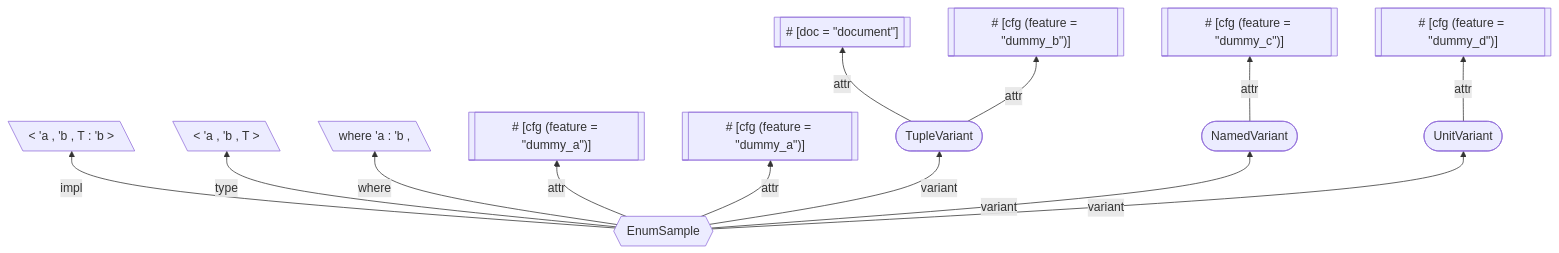
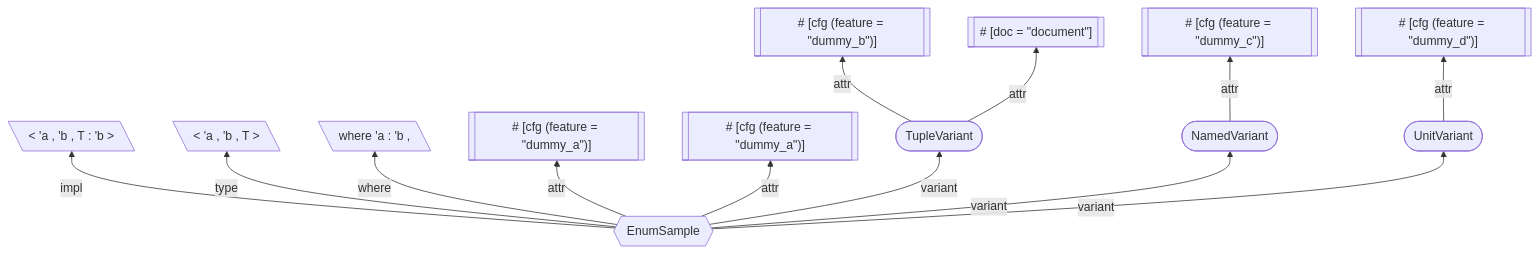
One commit to Tokeiya/proc_macro_survey changed the diagram in output.md. Above: the diagram before and after it, drawn with Mermaid. The commit also changed other lines of this file and 1 other file, not shown here.

Commit message:
Refactor `Connection`: implement `PartialOrd` and `Ord` traits with comprehensive comparisons, add corresponding tests, and update `flowchart` output structure

````diff
--- a/output.md
+++ b/output.md
@@ -1,31 +1,31 @@
 ```mermaid
 ---
 title:enum
 ---
 flowchart BT
+	11@{ shape: subroutine,label: "#35; [cfg (feature = \"dummy_c\")]" }
 	12@{ shape: stadium,label: "UnitVariant" }
 	13@{ shape: subroutine,label: "#35; [cfg (feature = \"dummy_d\")]" }
+	7@{ shape: stadium,label: "TupleVariant" }
+	1@{ shape: hexagon,label: "EnumSample" }
+	3@{ shape: lean-l,label: "< 'a , 'b , T >" }
+	5@{ shape: subroutine,label: "#35; [cfg (feature = \"dummy_a\")]" }
+	2@{ shape: lean-l,label: "< 'a , 'b , T : 'b >" }
 	4@{ shape: lean-l,label: "where 'a : 'b ," }
-	2@{ shape: lean-l,label: "< 'a , 'b , T : 'b >" }
-	5@{ shape: subroutine,label: "#35; [cfg (feature = \"dummy_a\")]" }
-	3@{ shape: lean-l,label: "< 'a , 'b , T >" }
-	1@{ shape: hexagon,label: "EnumSample" }
-	7@{ shape: stadium,label: "TupleVariant" }
 	6@{ shape: subroutine,label: "#35; [cfg (feature = \"dummy_a\")]" }
 	8@{ shape: subroutine,label: "#35; [cfg (feature = \"dummy_b\")]" }
+	9@{ shape: subroutine,label: "#35; [doc = \"document\"]" }
 	10@{ shape: stadium,label: "NamedVariant" }
-	9@{ shape: subroutine,label: "#35; [doc = \"document\"]" }
-	11@{ shape: subroutine,label: "#35; [cfg (feature = \"dummy_c\")]" }
+	1 -- "variant" --> 7
+	7 -- "attr" --> 8
+	1 -- "impl" --> 2
+	1 -- "variant" --> 10
+	1 -- "type" --> 3
 	7 -- "attr" --> 9
-	1 -- "attr" --> 6
-	7 -- "attr" --> 8
-	1 -- "type" --> 3
-	1 -- "variant" --> 7
-	1 -- "where" --> 4
-	1 -- "variant" --> 10
-	1 -- "attr" --> 5
-	10 -- "attr" --> 11
 	1 -- "variant" --> 12
 	12 -- "attr" --> 13
-	1 -- "impl" --> 2
+	1 -- "where" --> 4
+	1 -- "attr" --> 6
+	10 -- "attr" --> 11
+	1 -- "attr" --> 5
 ```
````
